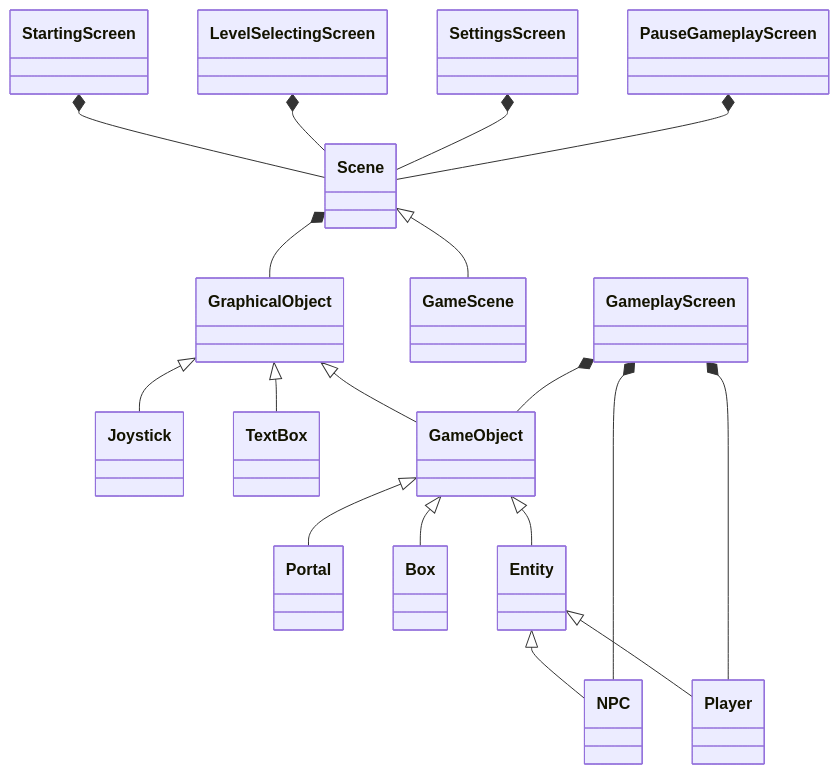
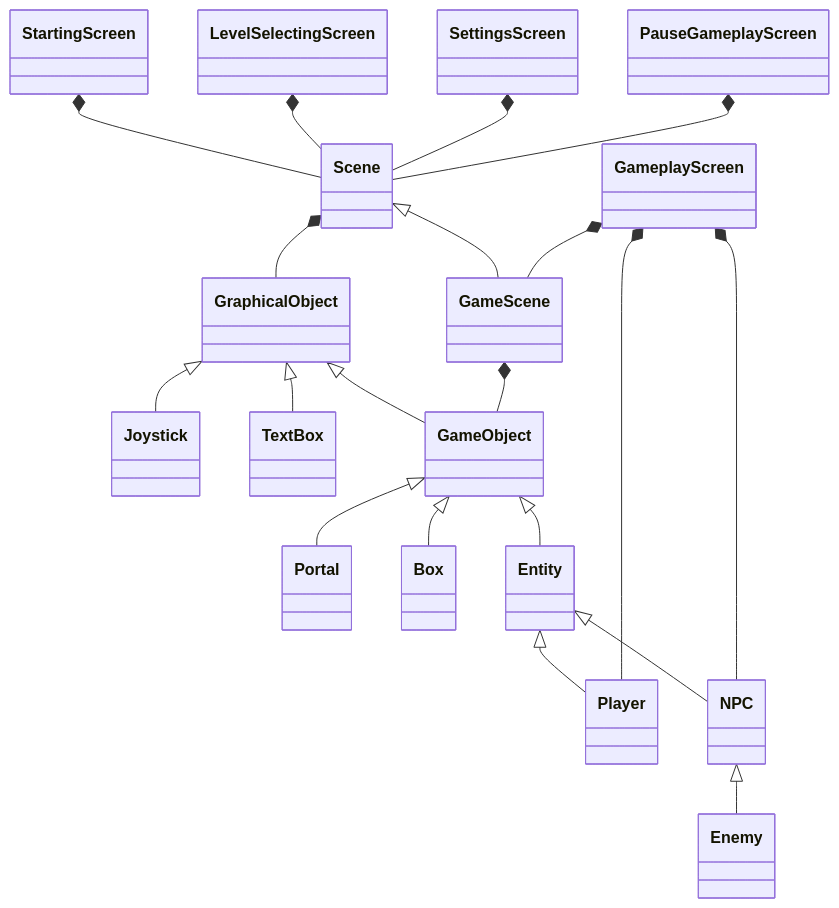
Before and after one commit to dRoycon/HS_SoftwareEngineeringProject: the diagram in planning_class_structure/README.md, drawn with Mermaid.

Commit message:
modified:   planning_class_structure/README.md

````diff
--- a/planning_class_structure/README.md
+++ b/planning_class_structure/README.md
@@ -3,26 +3,30 @@
 ``` mermaid
 classDiagram
 
     StartingScreen *-- Scene
     LevelSelectingScreen *-- Scene
     SettingsScreen *-- Scene
     PauseGameplayScreen *-- Scene
 
     Scene *-- GraphicalObject
     Scene <|-- GameScene 
 
     GraphicalObject <|-- Joystick
     GraphicalObject <|-- TextBox
     GraphicalObject <|-- GameObject
 
     GameObject <|-- Portal
     GameObject <|-- Box
     GameObject <|-- Entity
-    GameplayScreen *-- GameObject 
+    GameScene *-- GameObject 
 
+
+    Entity <|-- Player
     Entity <|-- NPC
-    Entity <|-- Player
 
+    NPC <|-- Enemy
+
+    GameplayScreen *-- GameScene
     GameplayScreen *-- NPC
     GameplayScreen *-- Player
 ```
````
